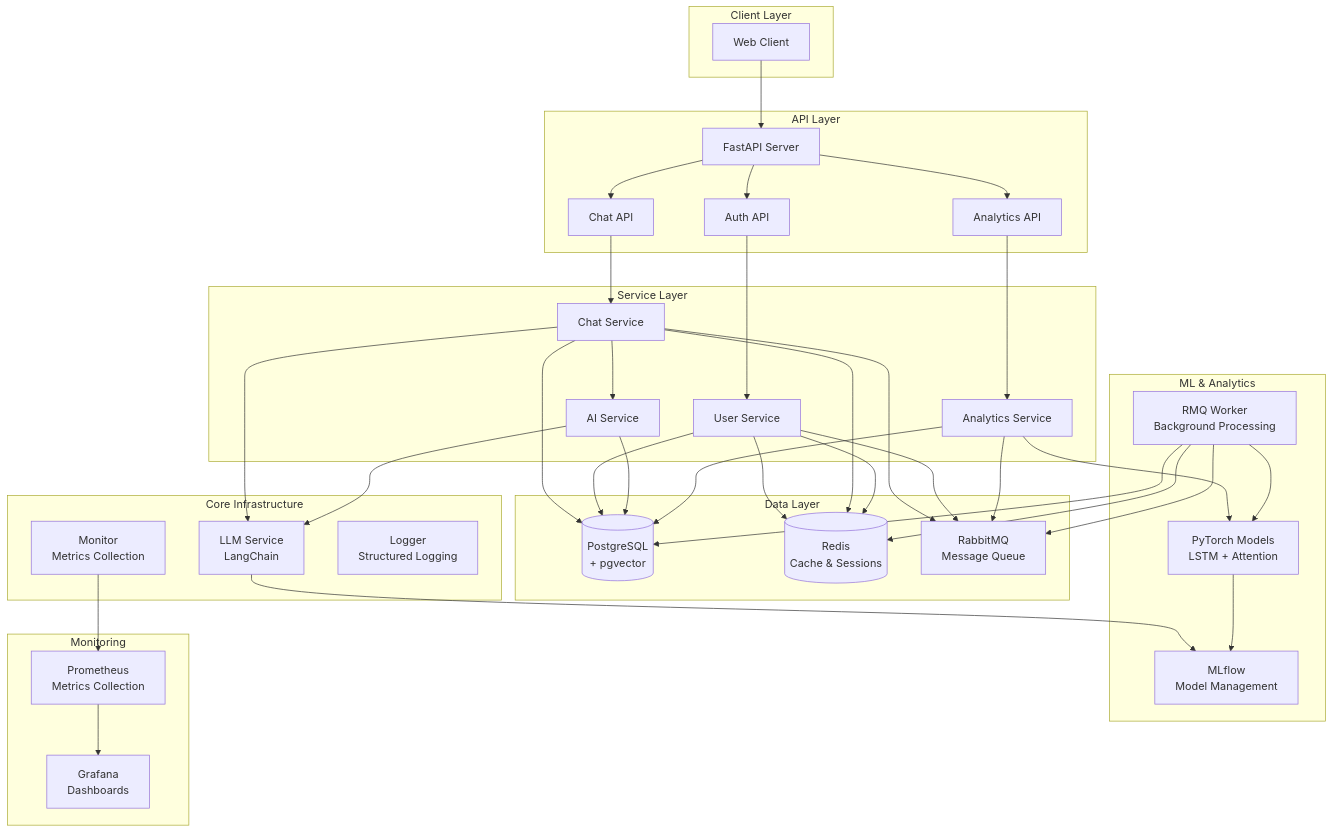
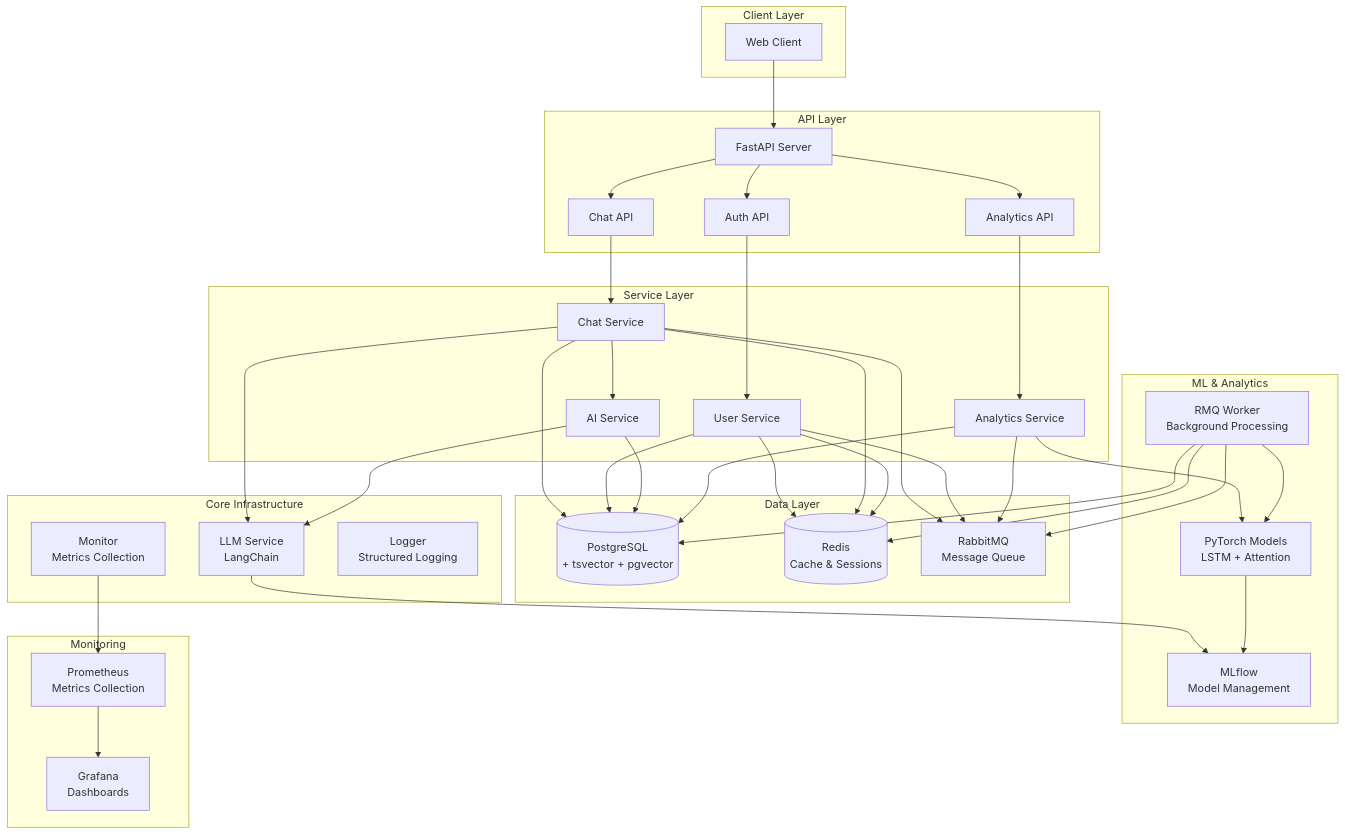
The first of 2 diagrams in README.md (darams4863/escape-room-with-ai), drawn with Mermaid before and after one commit. The commit also changed other lines of this file and 1 other file, not shown here.

````diff
--- a/README.md
+++ b/README.md
@@ -204,81 +204,81 @@
 ```mermaid
 graph TB
     subgraph "Client Layer"
         C[Web Client]
     end
 
     subgraph "API Layer"
         A[FastAPI Server]
         A1[Auth API]
         A2[Chat API]
         A3[Analytics API]
     end
 
     subgraph "Service Layer"
         S1[Chat Service]
         S2[User Service]
         S3[AI Service]
         S4[Analytics Service]
     end
 
     subgraph "Core Infrastructure"
         LLM[LLM Service<br/>LangChain]
         MON[Monitor<br/>Metrics Collection]
         LOG[Logger<br/>Structured Logging]
     end
 
     subgraph "Data Layer"
-        PG[(PostgreSQL<br/>+ pgvector)]
+        PG[(PostgreSQL<br/>+ tsvector + pgvector)]
         RD[(Redis<br/>Cache & Sessions)]
         RMQ[RabbitMQ<br/>Message Queue]
     end
 
     subgraph "ML & Analytics"
         ML[PyTorch Models<br/>LSTM + Attention]
         MLF[MLflow<br/>Model Management]
         WORK[RMQ Worker<br/>Background Processing]
     end
 
     subgraph "Monitoring"
         PROM[Prometheus<br/>Metrics Collection]
         GRAF[Grafana<br/>Dashboards]
     end
 
     C --> A
     A --> A1
     A --> A2
     A --> A3
 
     A1 --> S2
     A2 --> S1
     A3 --> S4
 
     S1 --> S3
     S1 --> LLM
     S2 --> RD
     S3 --> LLM
     S4 --> ML
 
     S1 --> PG
     S2 --> PG
     S3 --> PG
     S4 --> PG
 
     S1 --> RD
     S2 --> RD
 
     S1 --> RMQ
     S2 --> RMQ
     S4 --> RMQ
 
     WORK --> RMQ
     WORK --> PG
     WORK --> RD
     WORK --> ML
 
     MON --> PROM
     PROM --> GRAF
 
     LLM --> MLF
     ML --> MLF
 ```
````
